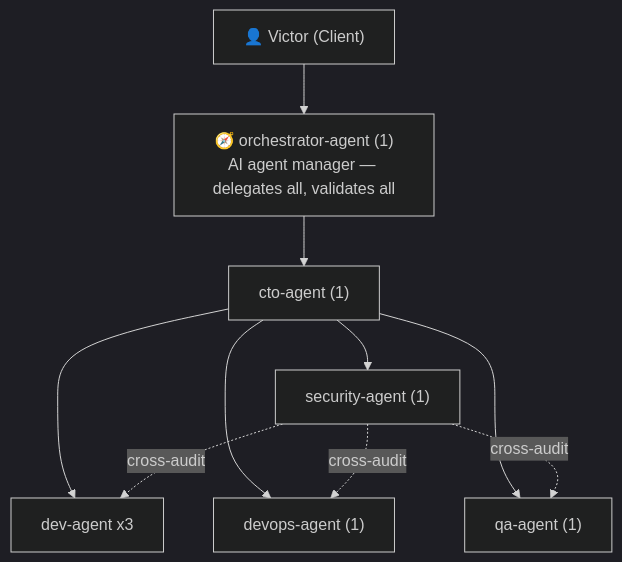
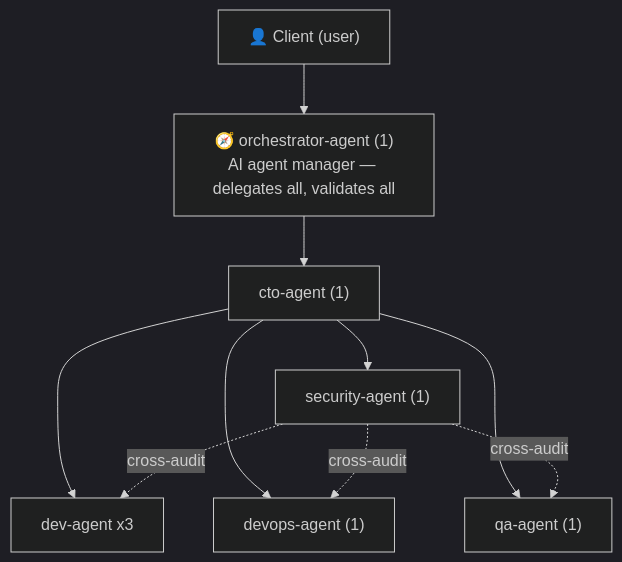
The diagram in seed/skills/dev-team/SKILL.md (VictorTomaili/agent-cli), drawn with Mermaid (dark theme) before and after one commit. The commit also changed other lines of this file and 8 other files, not shown here.

````diff
--- a/seed/skills/dev-team/SKILL.md
+++ b/seed/skills/dev-team/SKILL.md
@@ -75,12 +67,12 @@
 ```mermaid
 graph TD
-    V["👤 Victor (Client)"] --> ORCH["🧭 orchestrator-agent (1)<br/>AI agent manager — delegates all, validates all"]
+    V["👤 Client (user)"] --> ORCH["🧭 orchestrator-agent (1)<br/>AI agent manager — delegates all, validates all"]
     ORCH --> CTO["cto-agent (1)"]
     CTO --> DEV["dev-agent x3"]
     CTO --> DEVOPS["devops-agent (1)"]
     CTO --> QA["qa-agent (1)"]
     CTO --> SEC["security-agent (1)"]
     SEC -.cross-audit.-> DEV
     SEC -.cross-audit.-> DEVOPS
     SEC -.cross-audit.-> QA
 ```
````
